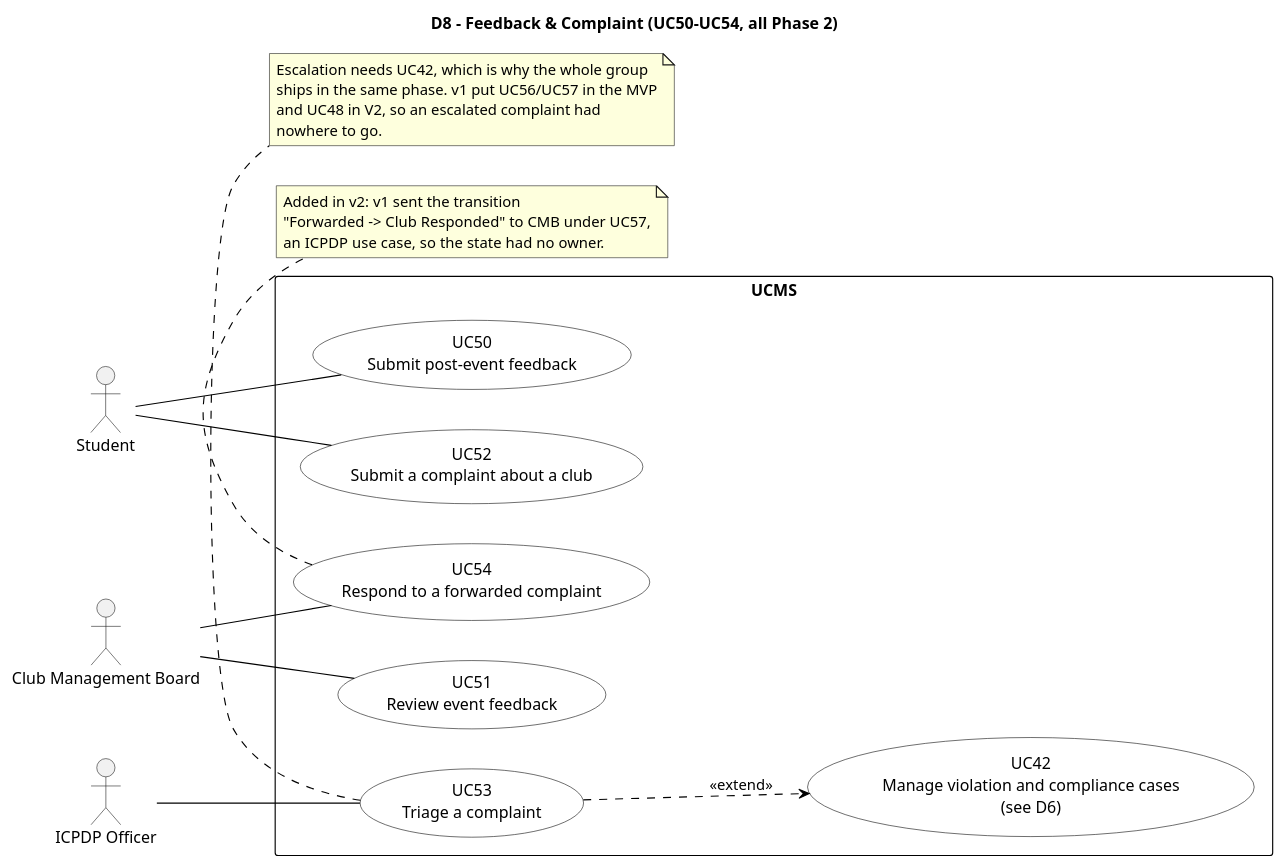
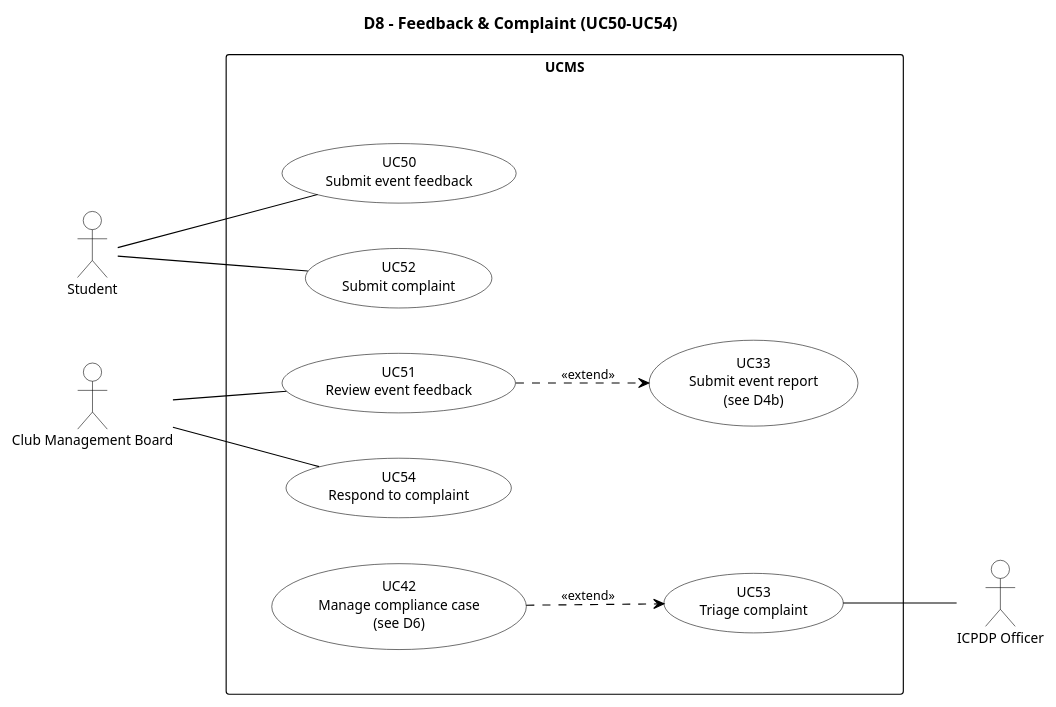
The diagram in docs/diagrams/v2/D8_FeedbackComplaint.puml (nvdekay/ClubManagementSystem), drawn with PlantUML before and after one commit. The commit also changed 10 other files, not shown here.

First line of the commit message:
docs: redraw the v2 use case diagrams in Visual Paradigm style

```diff
--- a/docs/diagrams/v2/D8_FeedbackComplaint.puml
+++ b/docs/diagrams/v2/D8_FeedbackComplaint.puml
@@ -1,60 +1,63 @@
 @startuml v2_D8_FeedbackComplaint
 left to right direction
+skinparam linetype polyline
+skinparam nodesep 40
+skinparam ranksep 60
 skinparam backgroundColor White
 skinparam shadowing false
 skinparam defaultFontName Helvetica
+skinparam defaultFontSize 12
+skinparam ArrowColor Black
+skinparam ArrowFontSize 11
+skinparam actor {
+  BackgroundColor White
+  BorderColor Black
+}
 skinparam usecase {
   BackgroundColor White
   BorderColor Black
-  ArrowColor Black
 }
 skinparam rectangle {
   BackgroundColor White
   BorderColor Black
 }
+skinparam package {
+  BackgroundColor White
+  BorderColor Black
+}
+' inner frame: invisible, only adds padding inside the system boundary
+skinparam rectangle<<inner>> {
+  BorderColor Transparent
+  FontColor Transparent
+}
+hide <<inner>> stereotype
 
-title D8 - Feedback & Complaint (UC50-UC54, all Phase 2)
+title D8 - Feedback & Complaint (UC50-UC54)
 
 actor "Student" as STU
 actor "Club Management Board" as CMB
 actor "ICPDP Officer" as ICPDP
 
-rectangle UCMS {
-  usecase UC50 as "UC50
-  Submit post-event feedback"
-  usecase UC51 as "UC51
-  Review event feedback"
-  usecase UC52 as "UC52
-  Submit a complaint about a club"
-  usecase UC53 as "UC53
-  Triage a complaint"
-  usecase UC54 as "UC54
-  Respond to a forwarded complaint"
-  usecase UC42 as "UC42
-  Manage violation and compliance cases
-  (see D6)"
+rectangle "UCMS" {
+  rectangle " " <<inner>> {
+    usecase "UC50\nSubmit event feedback" as UC50
+    usecase "UC51\nReview event feedback" as UC51
+    usecase "UC52\nSubmit complaint" as UC52
+    usecase "UC53\nTriage complaint" as UC53
+    usecase "UC54\nRespond to complaint" as UC54
+    usecase "UC33\nSubmit event report\n(see D4b)" as UC33
+    usecase "UC42\nManage compliance case\n(see D6)" as UC42
+  }
 }
-
-UC53 ..> UC42 : <<extend>>
 
 STU -- UC50
 STU -- UC52
 
 CMB -- UC51
 CMB -- UC54
 
-ICPDP -- UC53
+UC53 -- ICPDP
 
-note bottom of UC54
-  Added in v2: v1 sent the transition
-  "Forwarded -> Club Responded" to CMB under UC57,
-  an ICPDP use case, so the state had no owner.
-end note
-
-note bottom of UC53
-  Escalation needs UC42, which is why the whole group
-  ships in the same phase. v1 put UC56/UC57 in the MVP
-  and UC48 in V2, so an escalated complaint had
-  nowhere to go.
-end note
+UC51 ..> UC33 : <<extend>>
+UC42 ..> UC53 : <<extend>>
 @enduml
```
